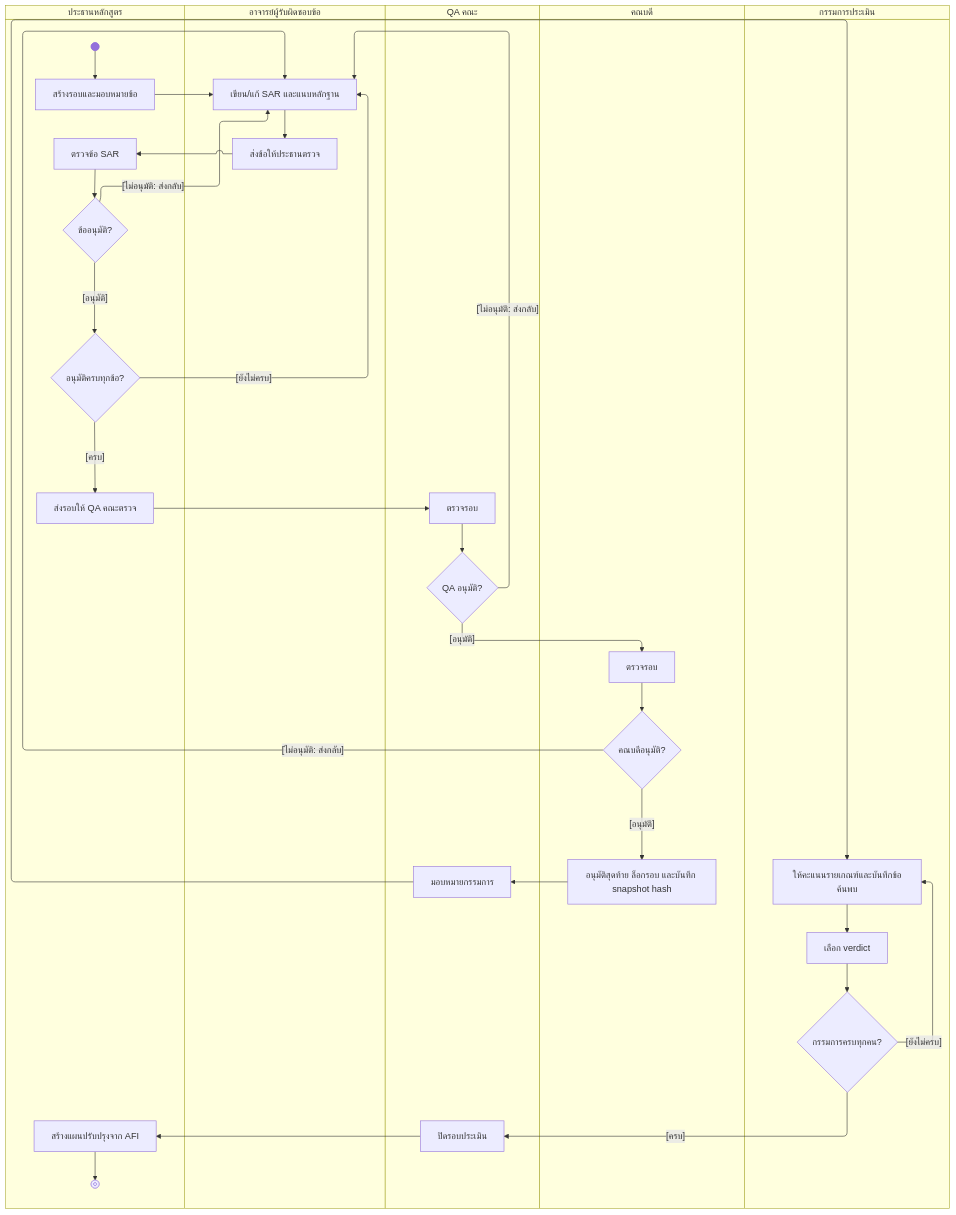
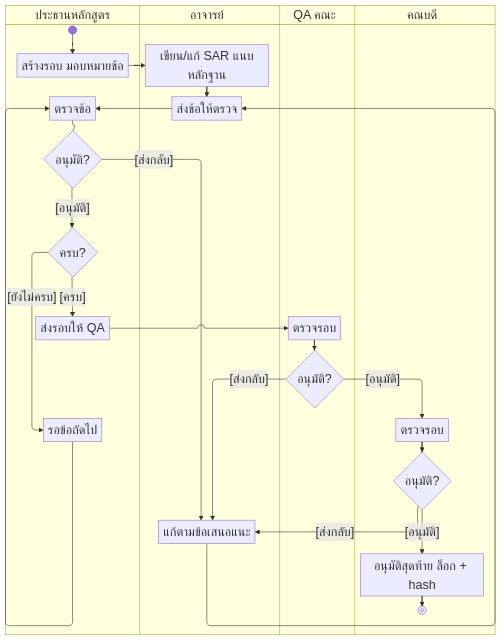
Before and after one commit to sunthanathza5566/project-mockup: the diagram in docs/diagrams/act-sar-lifecycle.mmd, drawn with Mermaid. The commit also changed 9 other files, not shown here.

```diff
--- a/docs/diagrams/act-sar-lifecycle.mmd
+++ b/docs/diagrams/act-sar-lifecycle.mmd
@@ -1,43 +1,38 @@
-%% source: eduflow-next/lib/api/workflow.ts:27-48,181-229; cycle.store.ts:33-89; assessor.store.ts; action.store.ts:162-176 | task: TASK-0001 | updated: 2026-10-21
+%% source: eduflow-next/lib/api/workflow.ts:27-48 (CYCLE/SECTION_TRANSITIONS), 181-229 (transitionCycle: ทุกข้ออนุมัติ, lock + snapshotHash), 318-365 (transitionSection); sar.store.ts:159-184 (submit/approve/return); cycle.store.ts:33,130 (createCycle, assignSections) | task: TASK-0001 | updated: 2026-10-22
+%%{init: {"themeVariables": {"fontSize": "22px"}, "flowchart": {"nodeSpacing": 15, "rankSpacing": 18, "padding": 4}}}%%
 swimlane-beta TB
   subgraph Chair["ประธานหลักสูตร"]
     S@{ shape: f-circ, label: "เริ่ม" }
-    A1[สร้างรอบและมอบหมายข้อ]
-    A2[ตรวจข้อ SAR]
-    D1@{ shape: diam, label: "ข้ออนุมัติ?" }
-    D2@{ shape: diam, label: "อนุมัติครบทุกข้อ?" }
-    A3[ส่งรอบให้ QA คณะตรวจ]
-    A10[สร้างแผนปรับปรุงจาก AFI]
-    E@{ shape: fr-circ, label: "สิ้นสุด" }
+    A1[สร้างรอบ มอบหมายข้อ]
+    A2[ตรวจข้อ]
+    D1@{ shape: diam, label: "อนุมัติ?" }
+    D2@{ shape: diam, label: "ครบ?" }
+    W[รอข้อถัดไป]
+    A3[ส่งรอบให้ QA]
   end
-  subgraph Lecturer["อาจารย์ผู้รับผิดชอบข้อ"]
-    L1[เขียน/แก้ SAR และแนบหลักฐาน]
-    L2[ส่งข้อให้ประธานตรวจ]
+  subgraph Lecturer["อาจารย์"]
+    L1[เขียน/แก้ SAR แนบหลักฐาน]
+    L2[ส่งข้อให้ตรวจ]
+    L3[แก้ตามข้อเสนอแนะ]
   end
   subgraph QA["QA คณะ"]
     Q1[ตรวจรอบ]
-    D3@{ shape: diam, label: "QA อนุมัติ?" }
-    Q2[มอบหมายกรรมการ]
-    Q3[ปิดรอบประเมิน]
+    D3@{ shape: diam, label: "อนุมัติ?" }
   end
   subgraph Dean["คณบดี"]
     N1[ตรวจรอบ]
-    D4@{ shape: diam, label: "คณบดีอนุมัติ?" }
-    N2[อนุมัติสุดท้าย ล็อกรอบ และบันทึก snapshot hash]
-  end
-  subgraph Assessor["กรรมการประเมิน"]
-    R1[ให้คะแนนรายเกณฑ์และบันทึกข้อค้นพบ]
-    R2[เลือก verdict]
-    D5@{ shape: diam, label: "กรรมการครบทุกคน?" }
+    D4@{ shape: diam, label: "อนุมัติ?" }
+    N2[อนุมัติสุดท้าย ล็อก + hash]
+    E@{ shape: fr-circ, label: "สิ้นสุด" }
   end
   S --> A1 --> L1 --> L2 --> A2 --> D1
-  D1 -- "[ไม่อนุมัติ: ส่งกลับ]" --> L1
+  D1 -- "[ส่งกลับ]" --> L3
   D1 -- "[อนุมัติ]" --> D2
-  D2 -- "[ยังไม่ครบ]" --> L1
+  D2 -- "[ยังไม่ครบ]" --> W
+  W --> A2
   D2 -- "[ครบ]" --> A3 --> Q1 --> D3
-  D3 -- "[ไม่อนุมัติ: ส่งกลับ]" --> L1
+  D3 -- "[ส่งกลับ]" --> L3
   D3 -- "[อนุมัติ]" --> N1 --> D4
-  D4 -- "[ไม่อนุมัติ: ส่งกลับ]" --> L1
-  D4 -- "[อนุมัติ]" --> N2 --> Q2 --> R1 --> R2 --> D5
-  D5 -- "[ยังไม่ครบ]" --> R1
-  D5 -- "[ครบ]" --> Q3 --> A10 --> E
+  D4 -- "[ส่งกลับ]" --> L3
+  D4 -- "[อนุมัติ]" --> N2 --> E
+  L3 --> L2
```
